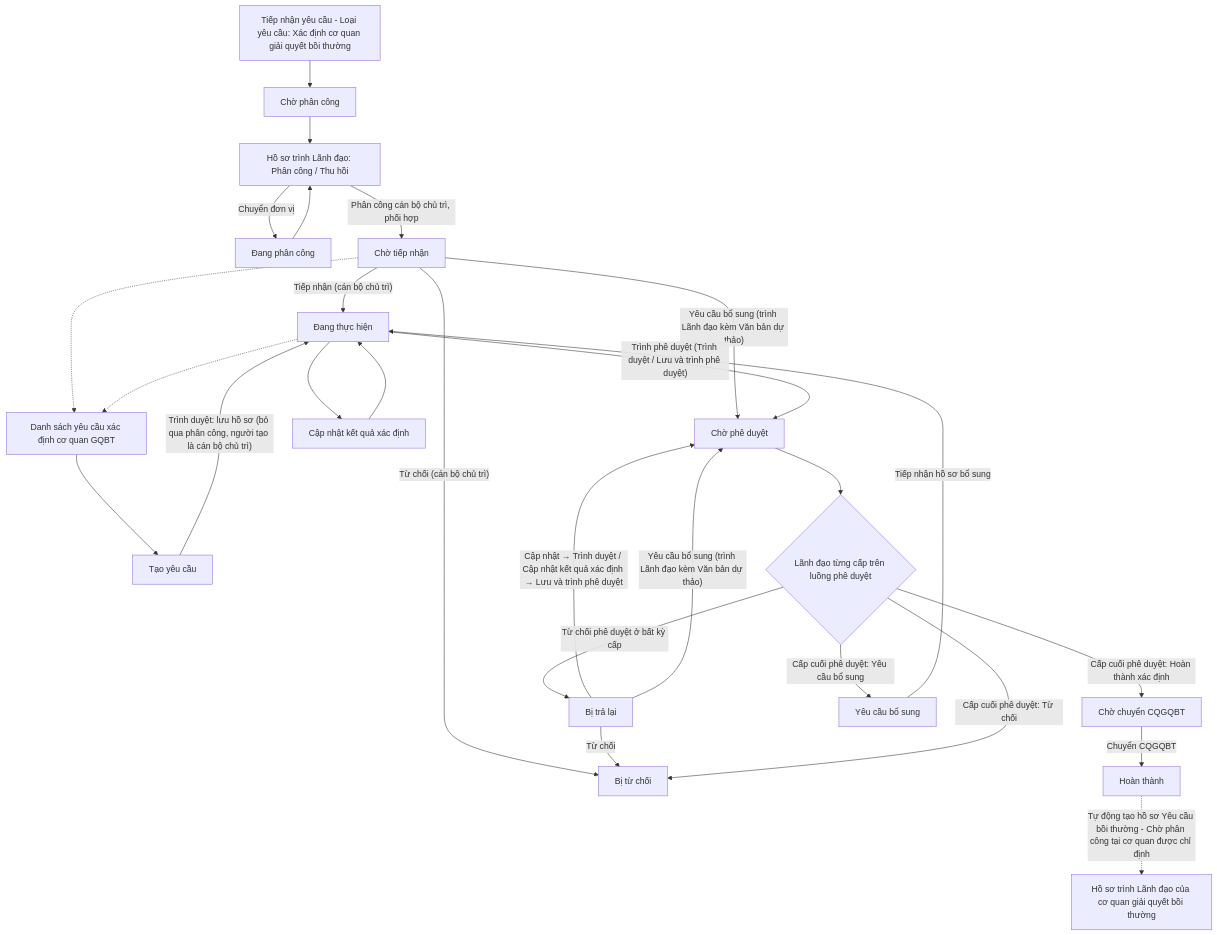
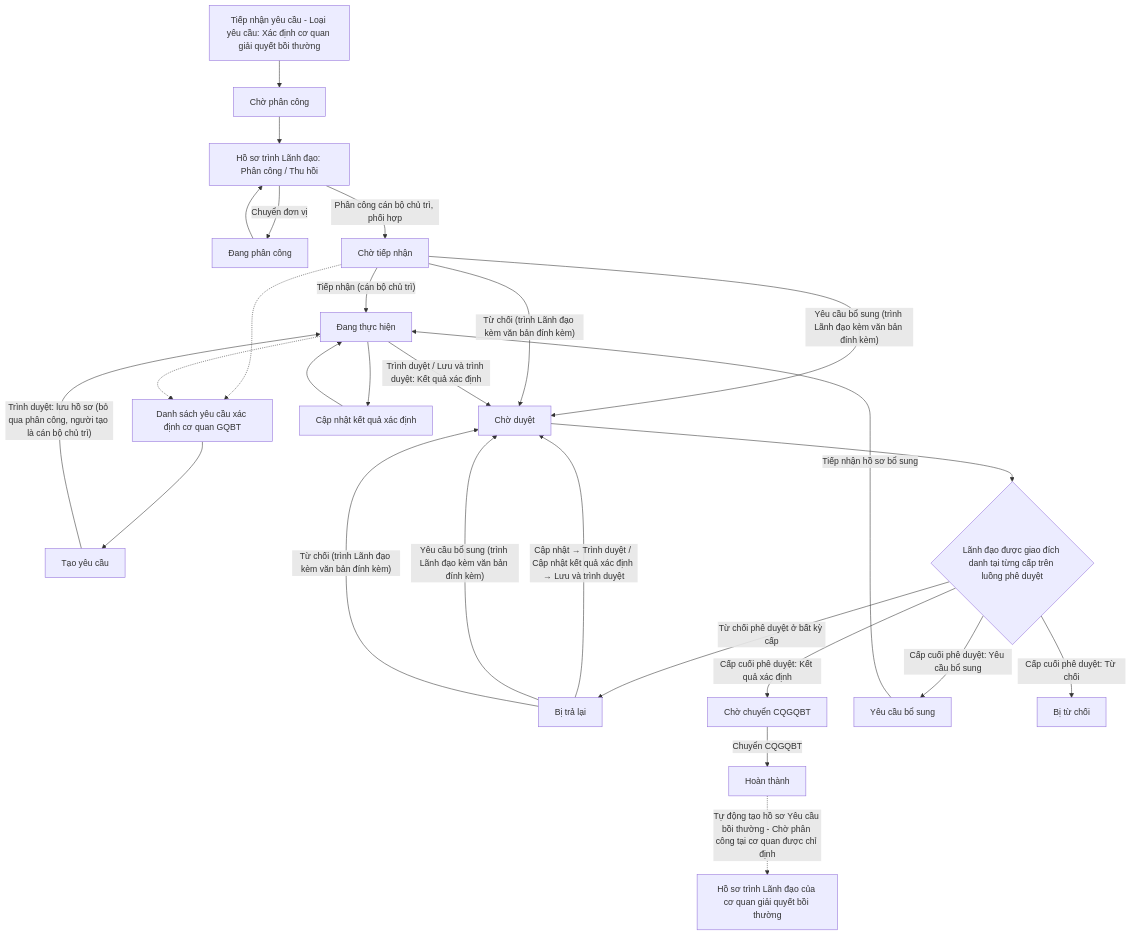
Before and after one commit to huyendt2007/BPBD_UI: the diagram in Tai lieu phan tich/03_Website_Quan_tri/03_Cong_tac_boi_thuong/SRS_BTNN_GiaiQuyetBT__Xac định cơ quan GQBT.md, drawn with Mermaid. The commit also changed other lines of this file and 15 other files, not shown here.

````diff
--- a/Tai lieu phan tich/03_Website_Quan_tri/03_Cong_tac_boi_thuong/SRS_BTNN_GiaiQuyetBT__Xac định cơ quan GQBT.md
+++ b/Tai lieu phan tich/03_Website_Quan_tri/03_Cong_tac_boi_thuong/SRS_BTNN_GiaiQuyetBT__Xac định cơ quan GQBT.md
@@ -88,29 +112,29 @@
 ```mermaid
 flowchart TD
     TN["Tiếp nhận yêu cầu - Loại yêu cầu: Xác định cơ quan giải quyết bồi thường"] --> CPC["Chờ phân công"]
     CPC --> LD["Hồ sơ trình Lãnh đạo: Phân công / Thu hồi"]
     LD -->|"Chuyển đơn vị"| DPC["Đang phân công"]
     DPC --> LD
     LD -->|"Phân công cán bộ chủ trì, phối hợp"| CTN["Chờ tiếp nhận"]
     A["Danh sách yêu cầu xác định cơ quan GQBT"] --> C["Tạo yêu cầu"]
     C -->|"Trình duyệt: lưu hồ sơ (bỏ qua phân công, người tạo là cán bộ chủ trì)"| DTH["Đang thực hiện"]
     CTN -->|"Tiếp nhận (cán bộ chủ trì)"| DTH
-    CTN -->|"Yêu cầu bổ sung (trình Lãnh đạo kèm Văn bản dự thảo)"| CPD
-    CTN -->|"Từ chối (cán bộ chủ trì)"| BTC
+    CTN -->|"Yêu cầu bổ sung (trình Lãnh đạo kèm văn bản đính kèm)"| CPD
+    CTN -->|"Từ chối (trình Lãnh đạo kèm văn bản đính kèm)"| CPD
     DTH --> KQ["Cập nhật kết quả xác định"]
     KQ --> DTH
-    DTH -->|"Trình phê duyệt (Trình duyệt / Lưu và trình phê duyệt)"| CPD["Chờ phê duyệt"]
-    CPD --> PD{"Lãnh đạo từng cấp trên luồng phê duyệt"}
+    DTH -->|"Trình duyệt / Lưu và trình duyệt: Kết quả xác định"| CPD["Chờ duyệt"]
+    CPD --> PD{"Lãnh đạo được giao đích danh tại từng cấp trên luồng phê duyệt"}
     PD -->|"Từ chối phê duyệt ở bất kỳ cấp"| BTL["Bị trả lại"]
-    BTL -->|"Cập nhật → Trình duyệt / Cập nhật kết quả xác định → Lưu và trình phê duyệt"| CPD
-    BTL -->|"Yêu cầu bổ sung (trình Lãnh đạo kèm Văn bản dự thảo)"| CPD
-    BTL -->|"Từ chối"| BTC
-    PD -->|"Cấp cuối phê duyệt: Hoàn thành xác định"| CC["Chờ chuyển CQGQBT"]
+    BTL -->|"Cập nhật → Trình duyệt / Cập nhật kết quả xác định → Lưu và trình duyệt"| CPD
+    BTL -->|"Yêu cầu bổ sung (trình Lãnh đạo kèm văn bản đính kèm)"| CPD
+    BTL -->|"Từ chối (trình Lãnh đạo kèm văn bản đính kèm)"| CPD
+    PD -->|"Cấp cuối phê duyệt: Kết quả xác định"| CC["Chờ chuyển CQGQBT"]
     PD -->|"Cấp cuối phê duyệt: Yêu cầu bổ sung"| YCBS["Yêu cầu bổ sung"]
     PD -->|"Cấp cuối phê duyệt: Từ chối"| BTC["Bị từ chối"]
     YCBS -->|"Tiếp nhận hồ sơ bổ sung"| DTH
     CC -->|"Chuyển CQGQBT"| HT["Hoàn thành"]
     HT -.->|"Tự động tạo hồ sơ Yêu cầu bồi thường - Chờ phân công tại cơ quan được chỉ định"| YC["Hồ sơ trình Lãnh đạo của cơ quan giải quyết bồi thường"]
     CTN -.-> A
     DTH -.-> A
 ```
````
